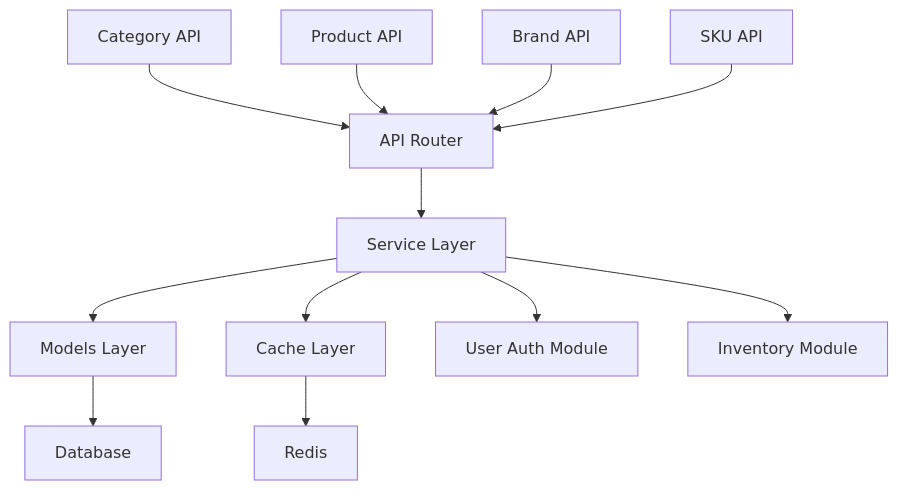
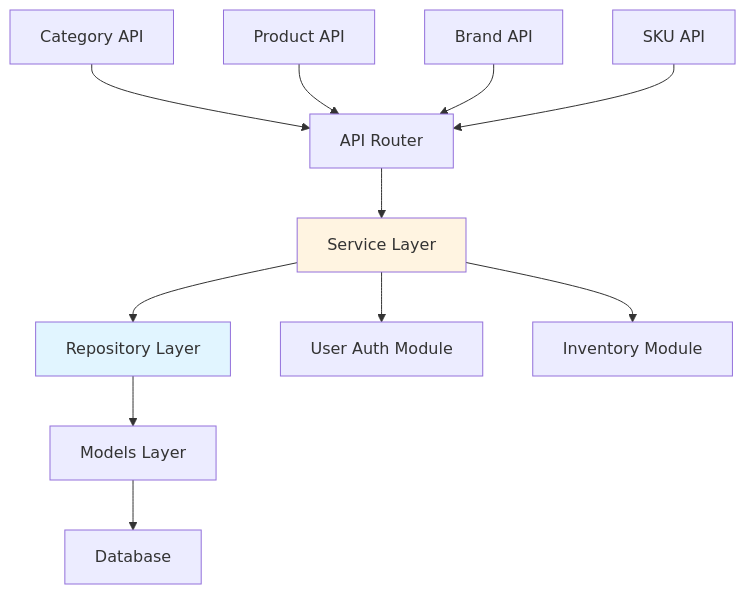
Before and after one commit to HaoranTong/ecommerce_platform: the first of 3 diagrams in docs/design/modules/product-catalog/overview.md, drawn with Mermaid. The commit also changed other lines of this file and 17 other files, not shown here.

````diff
--- a/docs/design/modules/product-catalog/overview.md
+++ b/docs/design/modules/product-catalog/overview.md
@@ -91,16 +129,18 @@
 ```mermaid
 graph TD
     A[API Router] --> B[Service Layer]
-    B --> C[Models Layer]
-    B --> D[Cache Layer]
-    C --> E[Database]
-    D --> F[Redis]
+    B --> C[Repository Layer]
+    C --> D[Models Layer]
+    D --> E[Database]
     
     G[Category API] --> A
     H[Product API] --> A  
     I[Brand API] --> A
     J[SKU API] --> A
     
     B --> K[User Auth Module]
     B --> L[Inventory Module]
+    
+    style C fill:#e1f5ff
+    style B fill:#fff4e1
 ```
````
